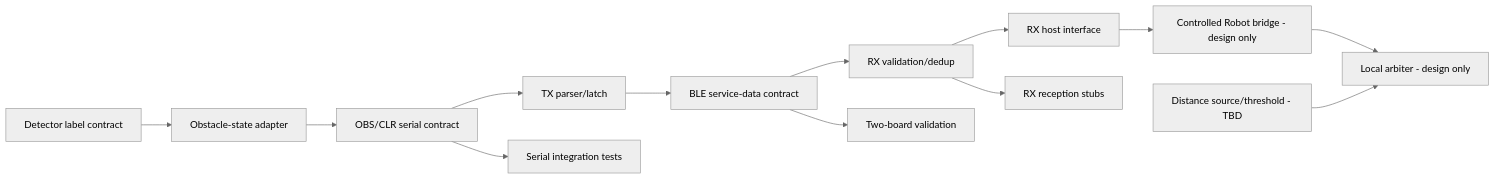
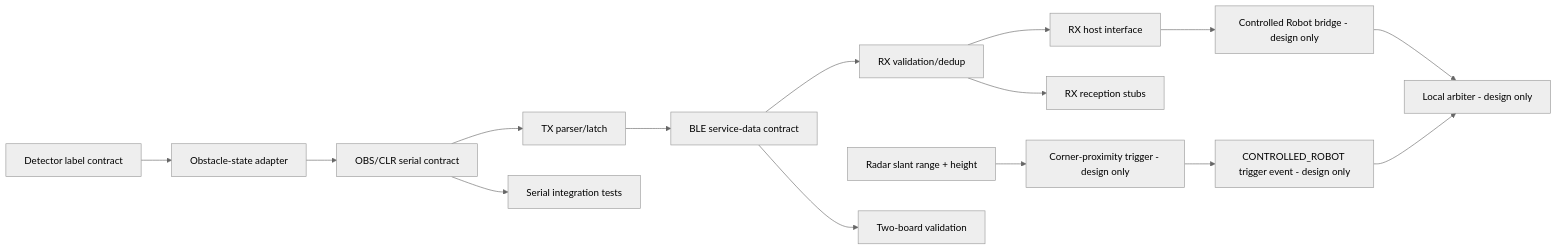
Before and after one commit to kirolossedra/RIS-Robotics: the diagram in docs/architecture/interactions/dependencies.md, drawn with Mermaid (neutral theme). The commit also changed other lines of this file and 27 other files, not shown here.

Commit message:
docs: specify Husky corner proximity trigger protocol

````diff
--- a/docs/architecture/interactions/dependencies.md
+++ b/docs/architecture/interactions/dependencies.md
@@ -16,16 +16,18 @@
 ```mermaid
 flowchart LR
     MODEL[Detector label contract] --> ADAPTER[Obstacle-state adapter]
     ADAPTER --> SERIAL[OBS/CLR serial contract]
     SERIAL --> TX[TX parser/latch]
     TX --> PACKET[BLE service-data contract]
     PACKET --> RX[RX validation/dedup]
     RX --> HOST[RX host interface]
     HOST --> BRIDGE[Controlled Robot bridge - design only]
     BRIDGE --> ARB[Local arbiter - design only]
-    DIST[Distance source/threshold - TBD] --> ARB
+    RANGE[Radar slant range + height] --> GATE[Corner-proximity trigger - design only]
+    GATE --> EVENT[CONTROLLED_ROBOT trigger event - design only]
+    EVENT --> ARB[Local arbiter - design only]
 
     SERIAL --> STEST[Serial integration tests]
     PACKET --> BTEST[Two-board validation]
     RX --> STUB[RX reception stubs]
 ```
````
